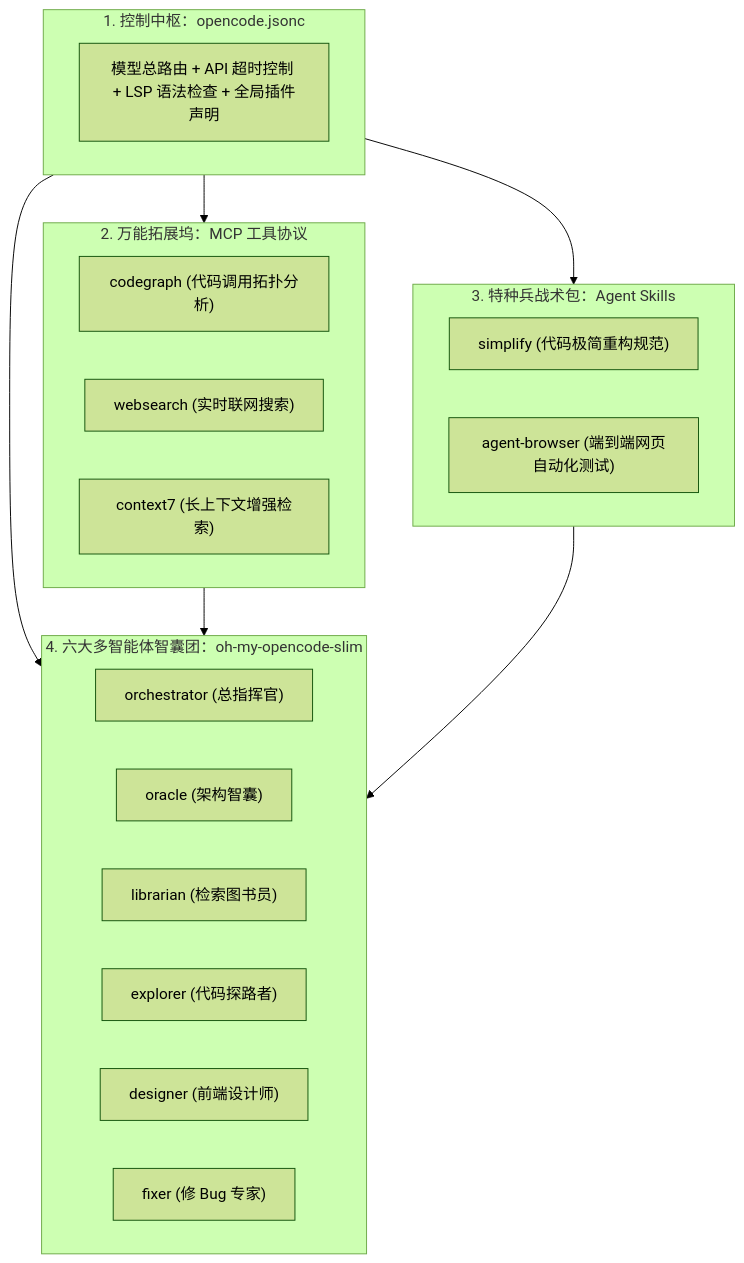
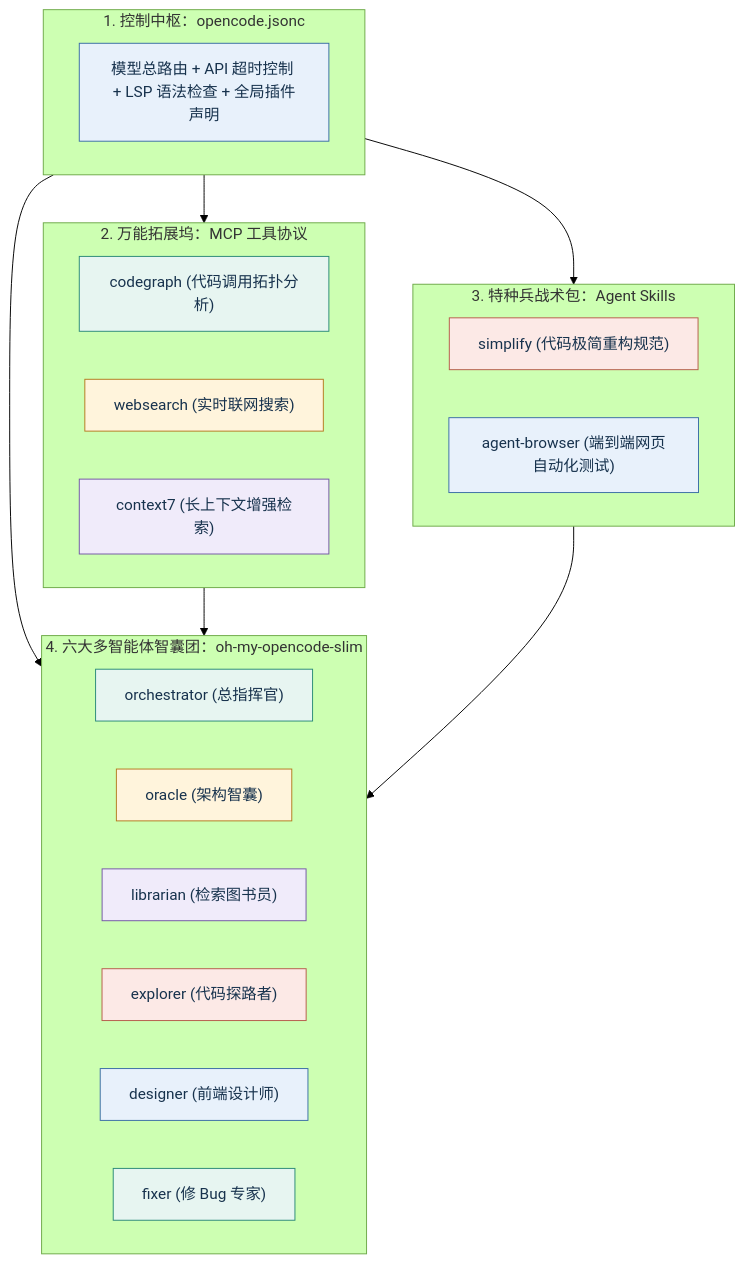
One commit to buffer121328/vibe-coding-and-agents changed the diagram in 05_OpenCode实战/img/diagrams/02-diagram-01.mmd. Above: the diagram before and after it, drawn with Mermaid (forest theme). The commit also changed 131 other files, not shown here.

Commit message:
docs: 润色第四至第六章正文与图表

```diff
--- a/05_OpenCode实战/img/diagrams/02-diagram-01.mmd
+++ b/05_OpenCode实战/img/diagrams/02-diagram-01.mmd
@@ -1,30 +1,44 @@
 graph TD
     subgraph Engine ["1. 控制中枢：opencode.jsonc"]
         Config["模型总路由 + API 超时控制 + LSP 语法检查 + 全局插件声明"]
     end
 
     subgraph Hardware ["2. 万能拓展坞：MCP 工具协议"]
         MCP1["codegraph (代码调用拓扑分析)"]
         MCP2["websearch (实时联网搜索)"]
         MCP3["context7 (长上下文增强检索)"]
     end
 
     subgraph Manual ["3. 特种兵战术包：Agent Skills"]
         Skill1["simplify (代码极简重构规范)"]
         Skill2["agent-browser (端到端网页自动化测试)"]
     end
 
     subgraph Command ["4. 六大多智能体智囊团：oh-my-opencode-slim"]
         Orch["orchestrator (总指挥官)"]
         Ora["oracle (架构智囊)"]
         Lib["librarian (检索图书员)"]
         Exp["explorer (代码探路者)"]
         Des["designer (前端设计师)"]
         Fix["fixer (修 Bug 专家)"]
     end
 
     Engine --> Hardware
     Engine --> Manual
     Engine --> Command
     Hardware --> Command
     Manual --> Command
+
+%% Academic palette: restrained blue, teal, gold, violet, and coral accents.
+style Config fill:#E8F1FB,stroke:#3A6EA5,color:#17324D
+style MCP1 fill:#E7F5F1,stroke:#2B8A78,color:#17324D
+style MCP2 fill:#FFF4DC,stroke:#B47A1F,color:#17324D
+style MCP3 fill:#F0EBFA,stroke:#7357A6,color:#17324D
+style Skill1 fill:#FCE9E6,stroke:#B65C4A,color:#17324D
+style Skill2 fill:#E8F1FB,stroke:#3A6EA5,color:#17324D
+style Orch fill:#E7F5F1,stroke:#2B8A78,color:#17324D
+style Ora fill:#FFF4DC,stroke:#B47A1F,color:#17324D
+style Lib fill:#F0EBFA,stroke:#7357A6,color:#17324D
+style Exp fill:#FCE9E6,stroke:#B65C4A,color:#17324D
+style Des fill:#E8F1FB,stroke:#3A6EA5,color:#17324D
+style Fix fill:#E7F5F1,stroke:#2B8A78,color:#17324D
```
